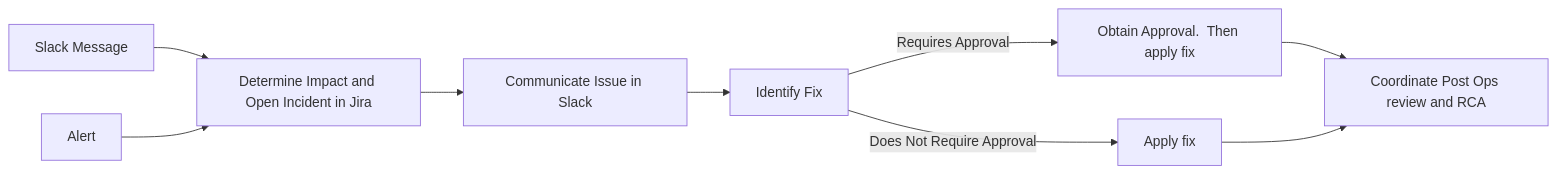
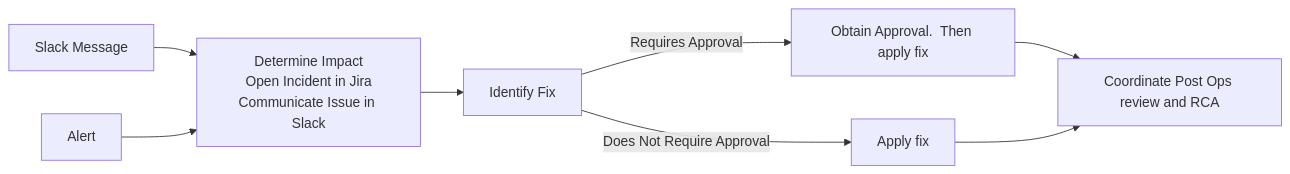
The second of 3 diagrams in index.md (lsst-dm/dmtn-316), drawn with Mermaid before and after one commit. The commit also changed other lines of this file, not shown here.

Commit message:
Add incident management process.

````diff
--- a/index.md
+++ b/index.md
@@ -152,12 +152,13 @@
 ```mermaid
 flowchart LR;
     A[Slack Message]-->C[Determine Impact];
-    B[Alert]-->C[Determine Impact and Open Incident in Jira];
-    C --> D[Communicate Issue in Slack];
-    D --> E[Identify Fix];
-    E -- Requires Approval --> F[Obtain Approval.  Then apply fix];
-    E -- Does Not Require Approval --> G[Apply fix];
-    F --> H[Coordinate Post Ops review and RCA];
-    G --> H[Coordinate Post Ops review and RCA];
+    B[Alert]-->C["`Determine Impact
+    Open Incident in Jira
+    Communicate Issue in Slack`"];
+    C --> D[Identify Fix];
+    D -- Requires Approval --> E[Obtain Approval.  Then apply fix];
+    D -- Does Not Require Approval --> F[Apply fix];
+    E --> G[Coordinate Post Ops review and RCA];
+    F --> G[Coordinate Post Ops review and RCA];
     
 ```
````
